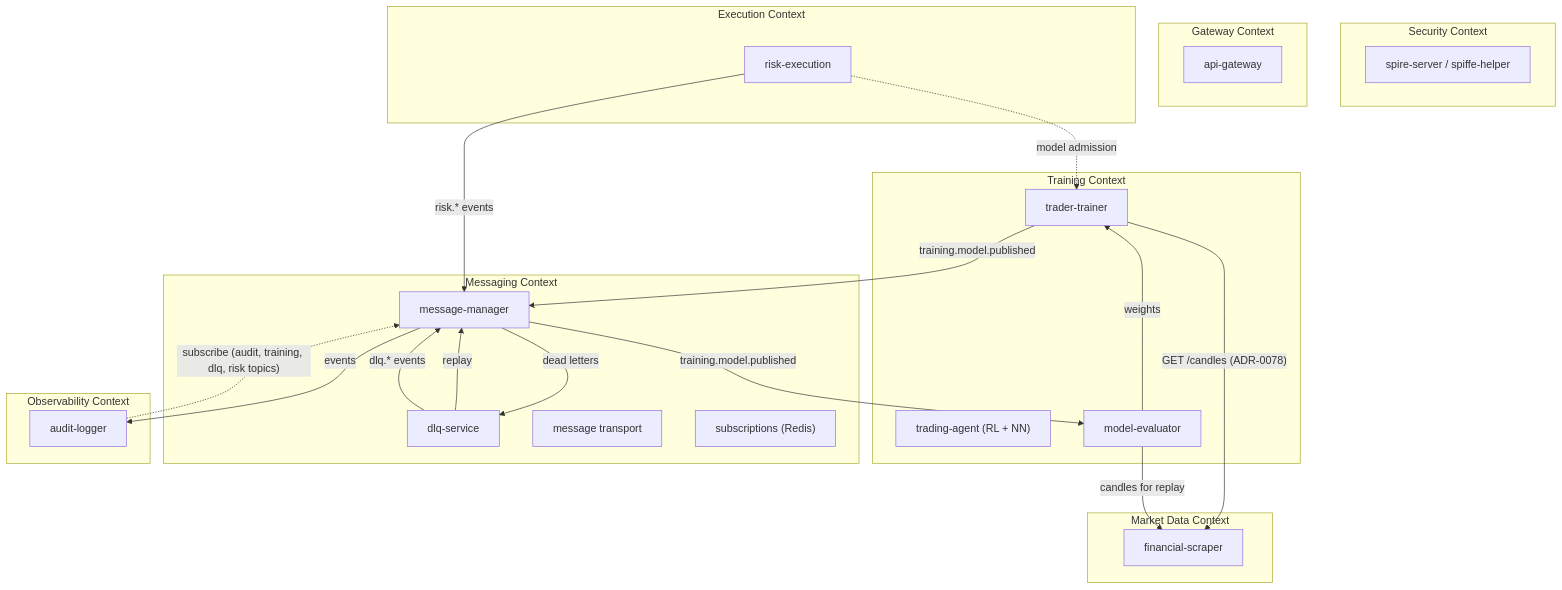
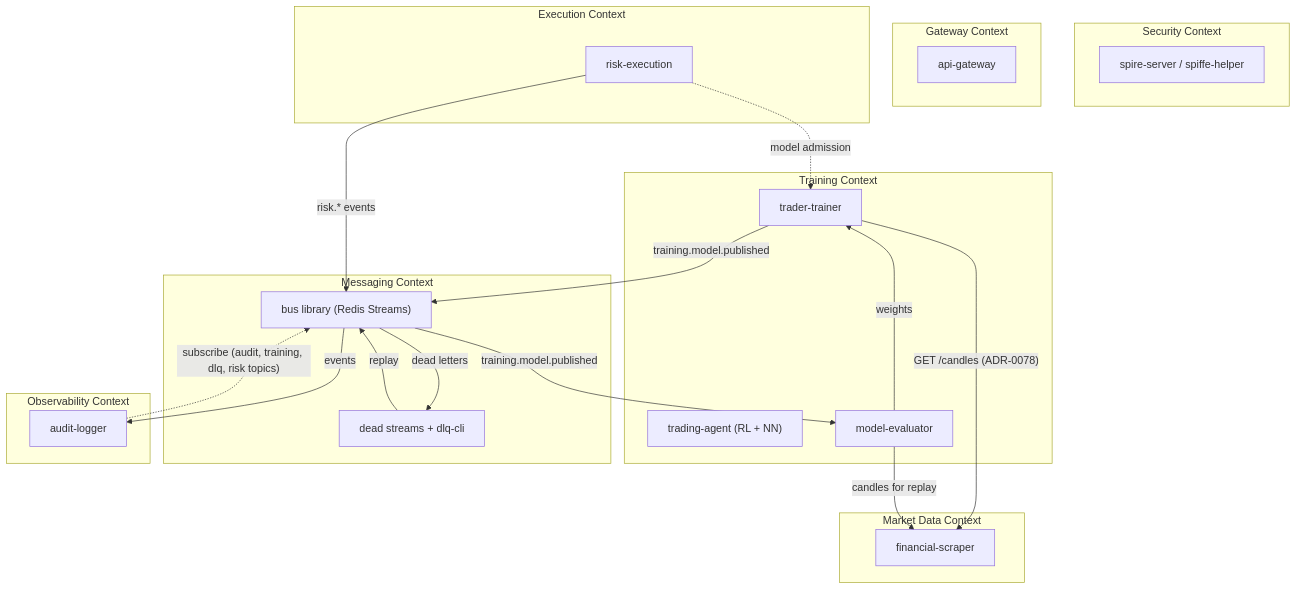
The diagram in docs/architecture/bounded-contexts.md (docteur-turboss/trading-model), drawn with Mermaid before and after one commit. The commit also changed other lines of this file and 486 other files, not shown here.

First line of the commit message:
:fire:(multiple): retire message-manager, dlq-service and mongo-dlq now the bus runs in process (ADR-0073 release N+1) (#1451)

````diff
--- a/docs/architecture/bounded-contexts.md
+++ b/docs/architecture/bounded-contexts.md
@@ -7,42 +7,39 @@
 ```mermaid
 graph TD
     subgraph "Market Data Context"
         FS["financial-scraper"]
     end
     subgraph "Training Context"
         TT["trader-trainer"]
         TS["trading-agent (RL + NN)"]
         ME["model-evaluator"]
     end
     subgraph "Messaging Context"
-        MM["message-manager"]
-        DLQ["dlq-service"]
-        MT["message transport"]
-        SUB["subscriptions (Redis)"]
+        BUS["bus library (Redis Streams)"]
+        DS2["dead streams + dlq-cli"]
     end
     subgraph "Security Context"
         SP["spire-server / spiffe-helper"]
     end
     subgraph "Observability Context"
         AL["audit-logger"]
     end
     subgraph "Gateway Context"
         GW["api-gateway"]
     end
     subgraph "Execution Context"
         RE["risk-execution"]
     end
 
-    TT -->|"training.model.published"| MM
+    TT -->|"training.model.published"| BUS
     TT -->|"GET /candles (ADR-0078)"| FS
-    MM -->|"training.model.published"| ME
+    BUS -->|"training.model.published"| ME
     ME -->|"weights"| TT
     ME -->|"candles for replay"| FS
-    MM -->|"events"| AL
-    AL -.->|"subscribe (audit, training, dlq, risk topics)"| MM
-    MM -->|"dead letters"| DLQ
-    DLQ -->|"replay"| MM
-    DLQ -->|"dlq.* events"| MM
-    RE -->|"risk.* events"| MM
+    BUS -->|"events"| AL
+    AL -.->|"subscribe (audit, training, dlq, risk topics)"| BUS
+    BUS -->|"dead letters"| DS2
+    DS2 -->|"replay"| BUS
+    RE -->|"risk.* events"| BUS
     RE -.->|"model admission"| TT
 ```
````
